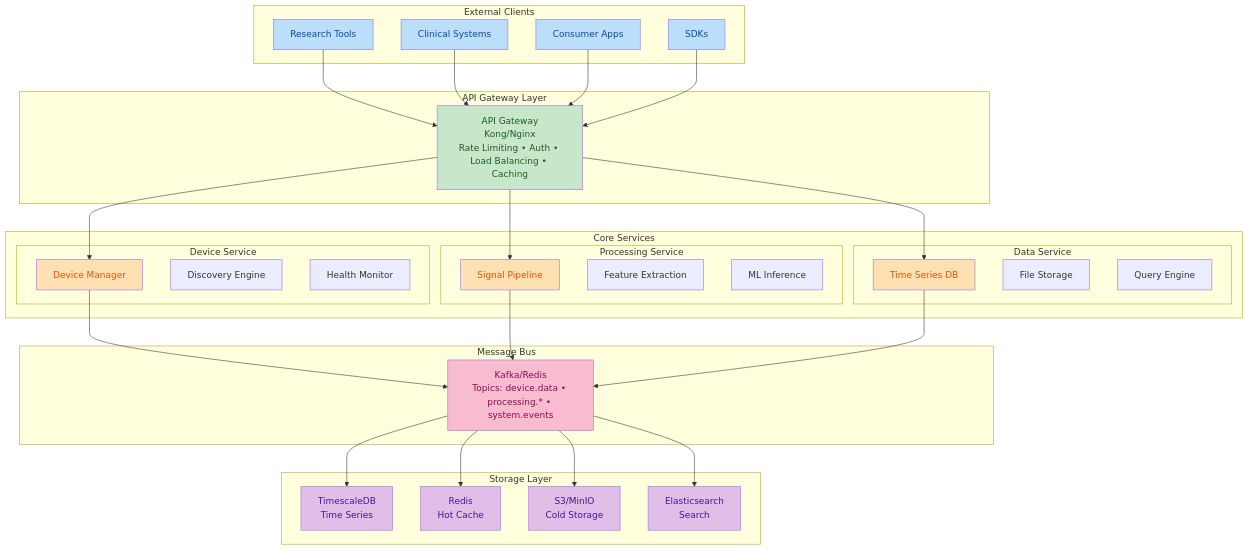
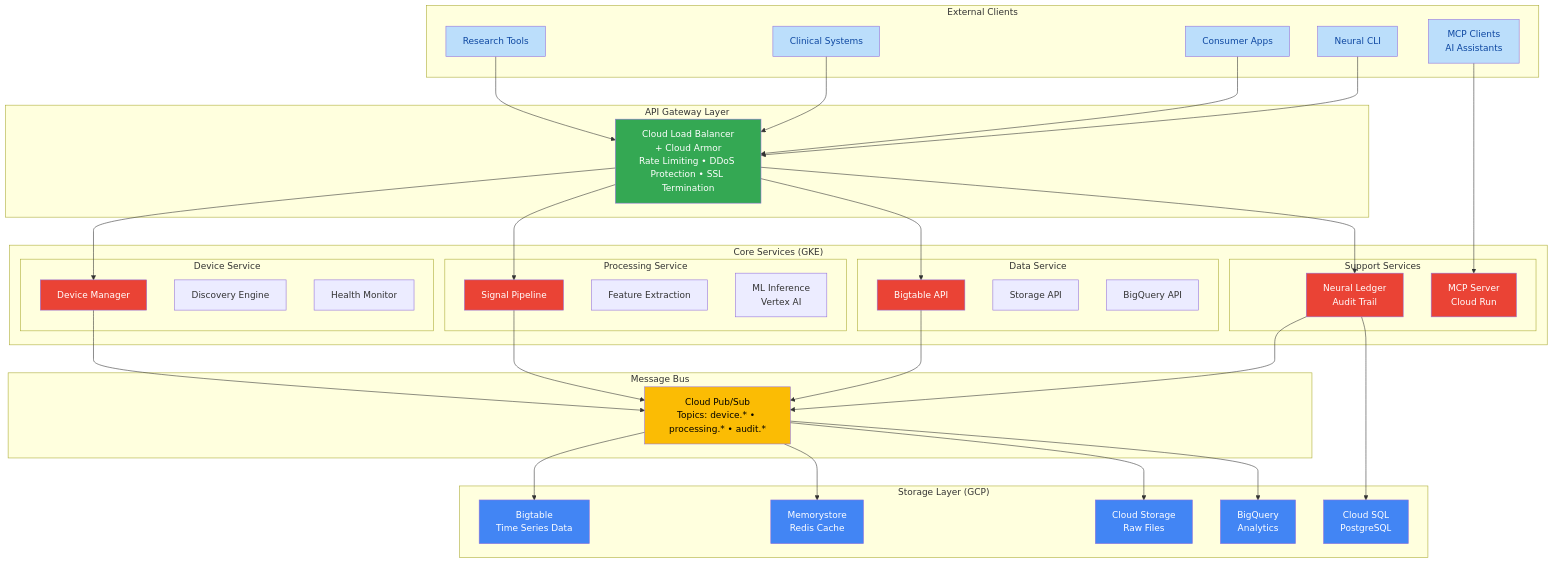
Before and after one commit to identity-wael/neurascale: the first of 9 diagrams in docs-nextra/src/content/architecture.mdx, drawn with Mermaid.

Commit message:
feat(docs): Update System Architecture diagram to reflect GCP services
- Added Neural CLI and MCP Clients to external clients
- Changed API Gateway to Cloud Load Balancer + Cloud Armor
- Updated Core Services to show GKE deployment
- Added Support Services section with Neural Ledger and MCP Server
- Replaced Kafka with Cloud Pub/Sub for message bus
- Updated Storage Layer with GCP services (Bigtable, BigQuery, Cloud SQL, etc.)
- Applied Google color scheme to match GCP branding

🤖 Generated with [Claude Code](https://claude.ai/code)

````diff
--- a/docs-nextra/src/content/architecture.mdx
+++ b/docs-nextra/src/content/architecture.mdx
@@ -20,14 +20,15 @@
         EC1[Research Tools]
         EC2[Clinical Systems]
         EC3[Consumer Apps]
-        EC4[SDKs]
+        EC4[Neural CLI]
+        EC5[MCP Clients<br/>AI Assistants]
     end
 
     subgraph "API Gateway Layer"
-        AG[API Gateway<br/>Kong/Nginx<br/>Rate Limiting • Auth • Load Balancing • Caching]
+        AG[Cloud Load Balancer<br/>+ Cloud Armor<br/>Rate Limiting • DDoS Protection • SSL Termination]
     end
 
-    subgraph "Core Services"
+    subgraph "Core Services (GKE)"
         subgraph "Device Service"
             DS1[Device Manager]
             DS2[Discovery Engine]
@@ -37,56 +38,70 @@
         subgraph "Processing Service"
             PS1[Signal Pipeline]
             PS2[Feature Extraction]
-            PS3[ML Inference]
+            PS3[ML Inference<br/>Vertex AI]
         end
 
         subgraph "Data Service"
-            DTS1[Time Series DB]
-            DTS2[File Storage]
-            DTS3[Query Engine]
+            DTS1[Bigtable API]
+            DTS2[Storage API]
+            DTS3[BigQuery API]
+        end
+
+        subgraph "Support Services"
+            SS1[Neural Ledger<br/>Audit Trail]
+            SS2[MCP Server<br/>Cloud Run]
         end
     end
 
     subgraph "Message Bus"
-        MB[Kafka/Redis<br/>Topics: device.data • processing.* • system.events]
+        MB[Cloud Pub/Sub<br/>Topics: device.* • processing.* • audit.*]
     end
 
-    subgraph "Storage Layer"
-        SL1[TimescaleDB<br/>Time Series]
-        SL2[Redis<br/>Hot Cache]
-        SL3[S3/MinIO<br/>Cold Storage]
-        SL4[Elasticsearch<br/>Search]
+    subgraph "Storage Layer (GCP)"
+        SL1[Bigtable<br/>Time Series Data]
+        SL2[Memorystore<br/>Redis Cache]
+        SL3[Cloud Storage<br/>Raw Files]
+        SL4[BigQuery<br/>Analytics]
+        SL5[Cloud SQL<br/>PostgreSQL]
     end
 
     EC1 --> AG
     EC2 --> AG
     EC3 --> AG
     EC4 --> AG
+    EC5 --> SS2
 
     AG --> DS1
     AG --> PS1
     AG --> DTS1
+    AG --> SS1
 
     DS1 --> MB
     PS1 --> MB
     DTS1 --> MB
+    SS1 --> MB
 
     MB --> SL1
     MB --> SL2
     MB --> SL3
     MB --> SL4
+    SS1 --> SL5
 
     style EC1 fill:#bbdefb,color:#0d47a1
     style EC2 fill:#bbdefb,color:#0d47a1
     style EC3 fill:#bbdefb,color:#0d47a1
     style EC4 fill:#bbdefb,color:#0d47a1
-    style AG fill:#c8e6c9,color:#1b5e20
-    style DS1 fill:#ffe0b2,color:#e65100
-    style PS1 fill:#ffe0b2,color:#e65100
-    style DTS1 fill:#ffe0b2,color:#e65100
-    style MB fill:#f8bbd0,color:#880e4f
-    style SL1 fill:#e1bee7,color:#4a148c
-    style SL2 fill:#e1bee7,color:#4a148c
-    style SL3 fill:#e1bee7,color:#4a148c
-    style SL4 fill:#e1bee7,color:#4a148c
+    style EC5 fill:#bbdefb,color:#0d47a1
+    style AG fill:#34a853,color:#ffffff
+    style DS1 fill:#ea4335,color:#ffffff
+    style PS1 fill:#ea4335,color:#ffffff
+    style DTS1 fill:#ea4335,color:#ffffff
+    style SS1 fill:#ea4335,color:#ffffff
+    style SS2 fill:#ea4335,color:#ffffff
+    style MB fill:#fbbc04,color:#000000
+    style SL1 fill:#4285f4,color:#ffffff
+    style SL2 fill:#4285f4,color:#ffffff
+    style SL3 fill:#4285f4,color:#ffffff
+    style SL4 fill:#4285f4,color:#ffffff
+    style SL5 fill:#4285f4,color:#ffffff
 ```
````
